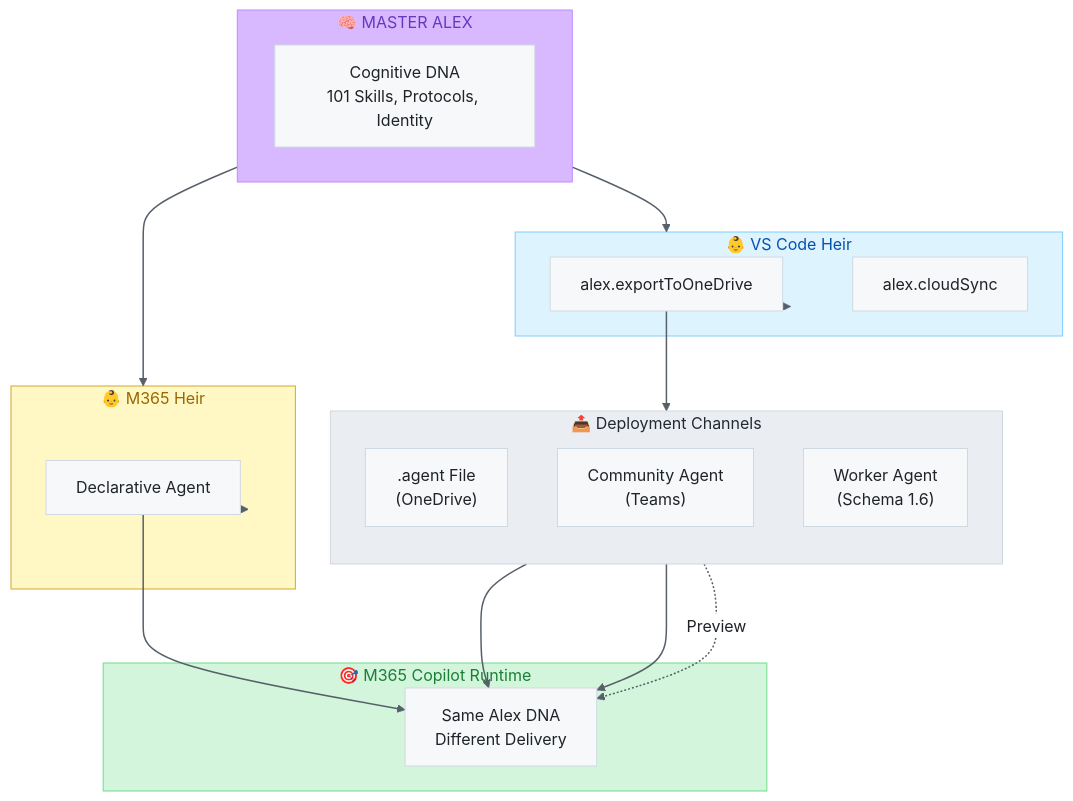
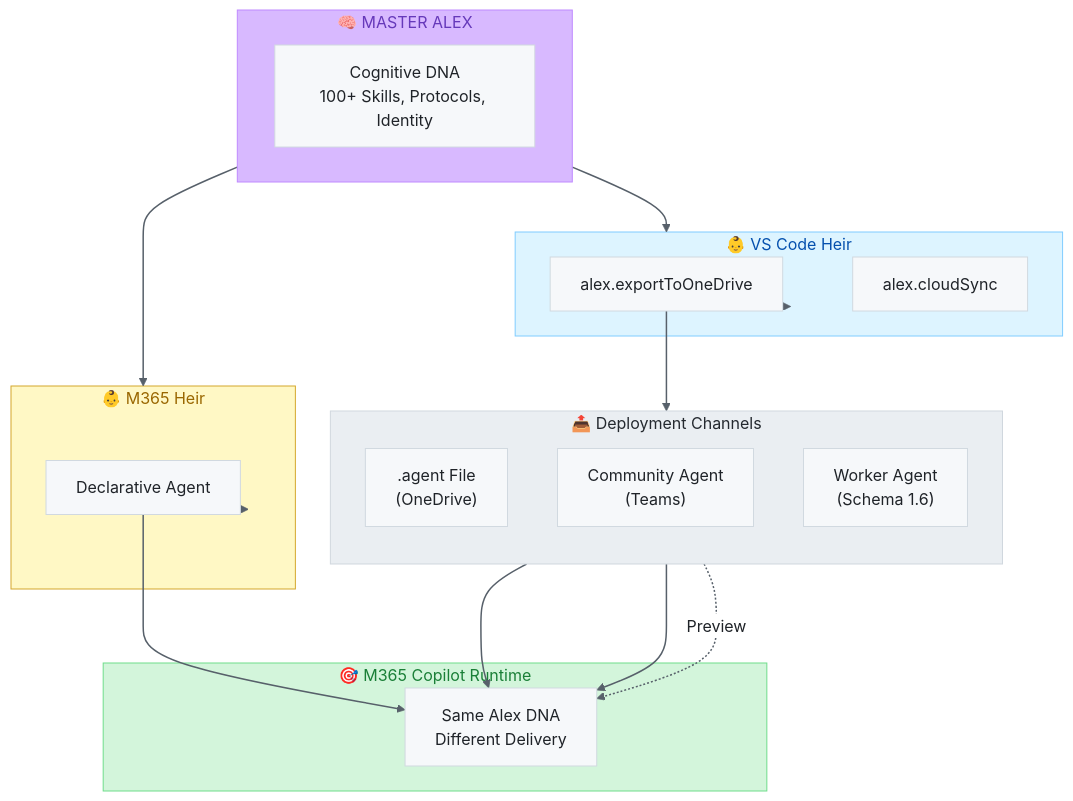
The diagram in platforms/m365-copilot/README.md (fabioc-aloha/Alex_Plug_In), drawn with Mermaid before and after one commit. The commit also changed other lines of this file and 282 other files, not shown here.

````diff
--- a/platforms/m365-copilot/README.md
+++ b/platforms/m365-copilot/README.md
@@ -222,43 +222,43 @@
 ```mermaid
 %%{init: {'theme': 'base', 'themeVariables': { 'primaryColor': '#f6f8fa', 'primaryTextColor': '#1f2328', 'primaryBorderColor': '#d1d9e0', 'lineColor': '#656d76', 'secondaryColor': '#f6f8fa', 'tertiaryColor': '#ffffff', 'background': '#ffffff', 'mainBkg': '#f6f8fa', 'nodeBorder': '#d1d9e0', 'edgeLabelBackground': '#fff'}}}%%
 flowchart TB
     subgraph Master["🧠 MASTER ALEX"]
-        DNA["Cognitive DNA<br/>101 Skills, Protocols, Identity"]
+        DNA["Cognitive DNA<br/>100+ Skills, Protocols, Identity"]
     end
 
     subgraph VSCode["👶 VS Code Heir"]
         Export["alex.exportToOneDrive"]
         Cloud["alex.cloudSync"]
     end
 
     subgraph M365["👶 M365 Heir"]
         DA["Declarative Agent"]
     end
 
     subgraph Channels["📤 Deployment Channels"]
         direction TB
         ODA[".agent File<br/>(OneDrive)"]
         CA["Community Agent<br/>(Teams)"]
         WA["Worker Agent<br/>(Schema 1.6)"]
     end
 
     subgraph Runtime["🎯 M365 Copilot Runtime"]
         COP["Same Alex DNA<br/>Different Delivery"]
     end
 
     Master --> VSCode
     Master --> M365
     VSCode --> Export --> ODA
     M365 --> DA
     DA --> COP
     ODA --> COP
     CA --> COP
     WA -.->|"Preview"| COP
 
     style Master fill:#d8b9ff,color:#6639ba,stroke:#bf8aff
     style VSCode fill:#ddf4ff,color:#0550ae,stroke:#80ccff
     style M365 fill:#fff8c5,color:#9a6700,stroke:#d4a72c
     style Channels fill:#eaeef2,color:#24292f,stroke:#d0d7de
     style Runtime fill:#d3f5db,color:#1a7f37,stroke:#6fdd8b
     linkStyle default stroke:#57606a,stroke-width:1.5px
 ```
````
